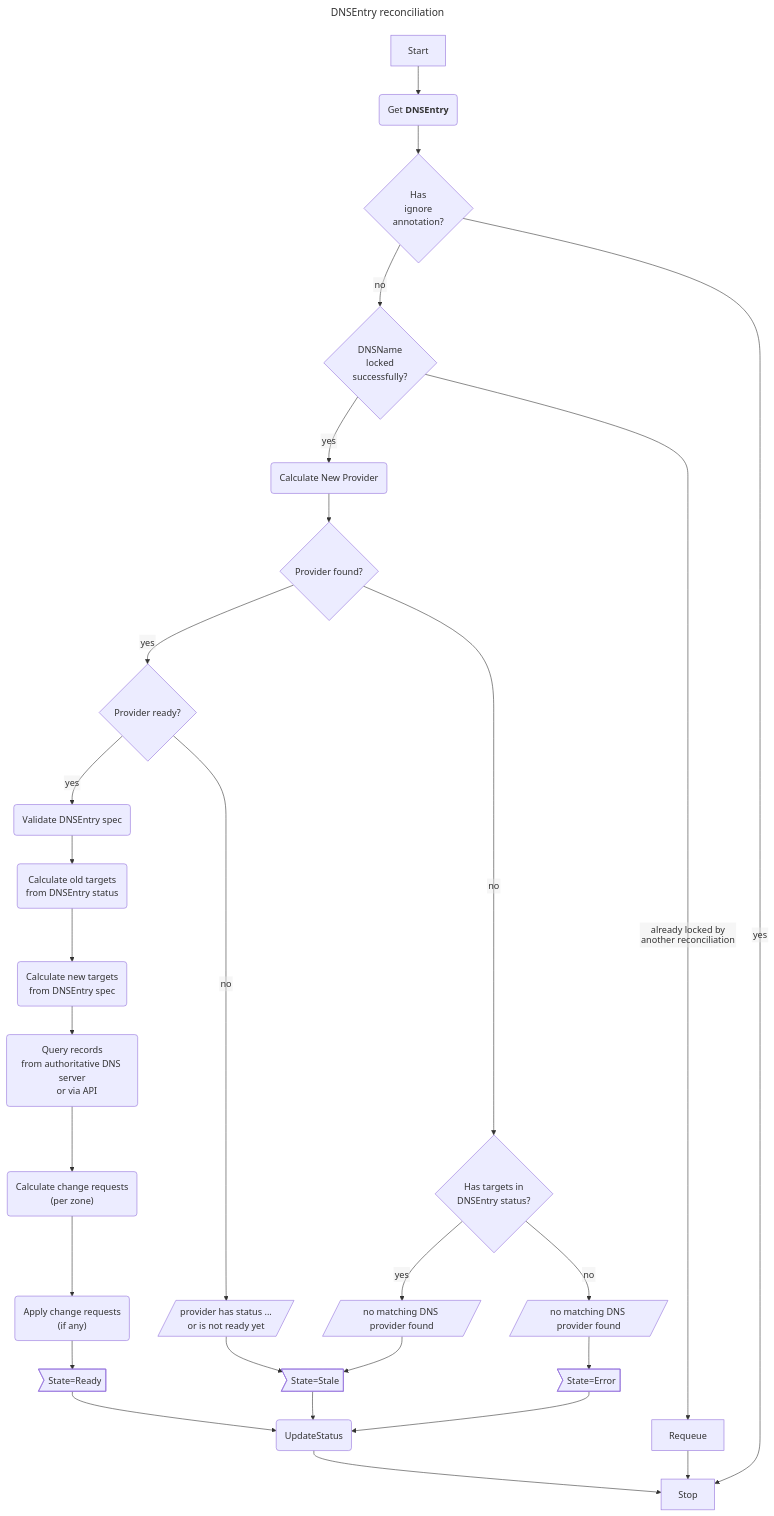
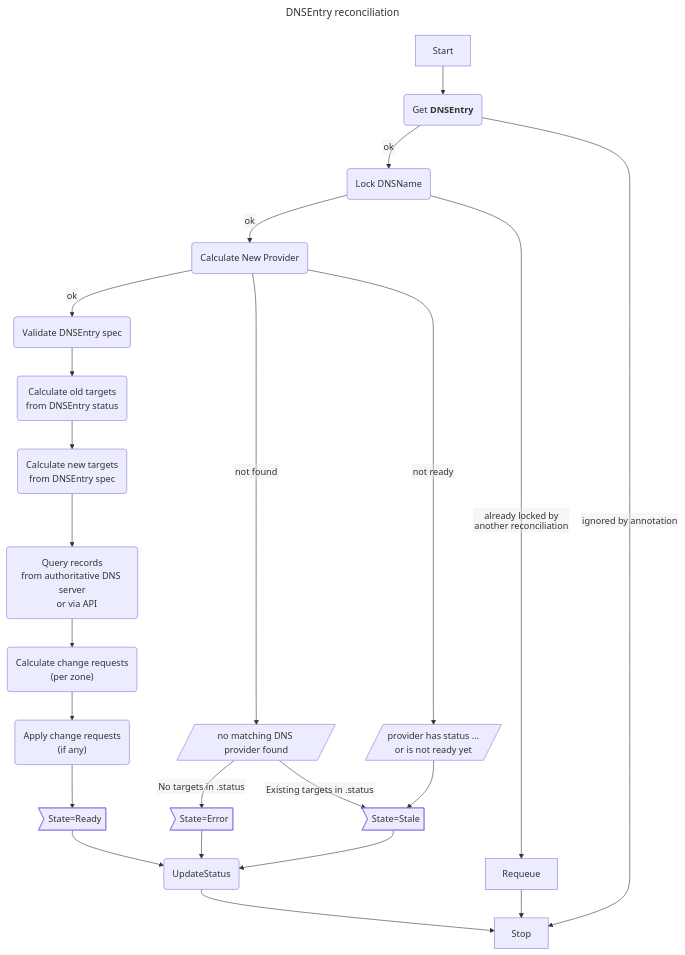
One commit to gardener/external-dns-management changed the diagram in docs/development/dnsentry-reconciliation.md. Above: the diagram before and after it, drawn with Mermaid. The commit also changed 1 other file, not shown here.

Commit message:
Add dnsprovider flow chart; simplify dnsentry flow chart

````diff
--- a/docs/development/dnsentry-reconciliation.md
+++ b/docs/development/dnsentry-reconciliation.md
@@ -12,62 +12,52 @@
 ```mermaid
 ---
 title: DNSEntry reconciliation
 config:
   flowchart:
     htmlLabels: false
 ---
 flowchart TD
     Get("`Get **DNSEntry**`")
-    CheckIgnored{"Has
-    ignore
-    annotation?"}
     Requeue["Requeue"]
-    LockName{"DNSName
-    locked
-    successfully?"}
+    LockName("Lock DNSName")
     CalcNewProvider("Calculate New Provider")
-    ProviderFound{"Provider found?"}
-    ProviderReady{"Provider ready?"}
     UpdateStatus("UpdateStatus")
     StateReady>"State=Ready"]
     StateStale>"State=Stale"]
-    TargetsInStatus{"Has targets in\nDNSEntry status?"}
     StateError>"State=Error"]
     Validate("Validate DNSEntry spec")
     CalcOldTargets("Calculate old targets
     from DNSEntry status")
     CalcNewTargets("Calculate new targets
     from DNSEntry spec")
     QueryRecords("Query records\nfrom authoritative DNS server
     or via API")
     CalculateChanges("Calculate change requests
     (per zone)")
     ApplyChangeRequests("Apply change requests
     (if any)")
-    NoMatchingTxt1[/"no matching DNS provider found"/]
-    NoMatchingTxt2[/"no matching DNS provider found"/]
+    NoMatchingTxt[/"no matching DNS provider found"/]
     ProviderNotReadyTxt[/"provider has status ...
     or is not ready yet"/]
     
-    Start --> Get --> CheckIgnored
-    CheckIgnored -->|no| LockName
-    CheckIgnored -->|yes| Stop
-    LockName -->|yes| CalcNewProvider
+    Start --> Get
+    Get -->|ok| LockName
+    Get -->|ignored by annotation| Stop
+    LockName -->|ok| CalcNewProvider
     LockName -->|already locked by\nanother reconciliation| Requeue --> Stop
-    CalcNewProvider --> ProviderFound
-    ProviderFound -->|yes| ProviderReady
-    ProviderFound -->|no| TargetsInStatus
-    TargetsInStatus -->|yes| NoMatchingTxt1 --> StateStale
-    TargetsInStatus -->|no| NoMatchingTxt2 --> StateError
-    ProviderReady -->|yes| Validate --> CalcOldTargets
-    ProviderReady -->|no| ProviderNotReadyTxt --> StateStale
+    CalcNewProvider -->|ok| Validate
+    CalcNewProvider -->|not found| NoMatchingTxt
+    NoMatchingTxt -->|"No targets in .status"| StateError
+    NoMatchingTxt -->|"Existing targets in .status"| StateStale
+    Validate --> CalcOldTargets
+    CalcNewProvider -->|not ready| ProviderNotReadyTxt --> StateStale
     CalcOldTargets --> CalcNewTargets
     CalcNewTargets --> QueryRecords
     QueryRecords --> CalculateChanges
     CalculateChanges --> ApplyChangeRequests
     ApplyChangeRequests --> StateReady
     StateStale --> UpdateStatus
     StateError --> UpdateStatus
     StateReady --> UpdateStatus
     UpdateStatus --> Stop
 ```
````
